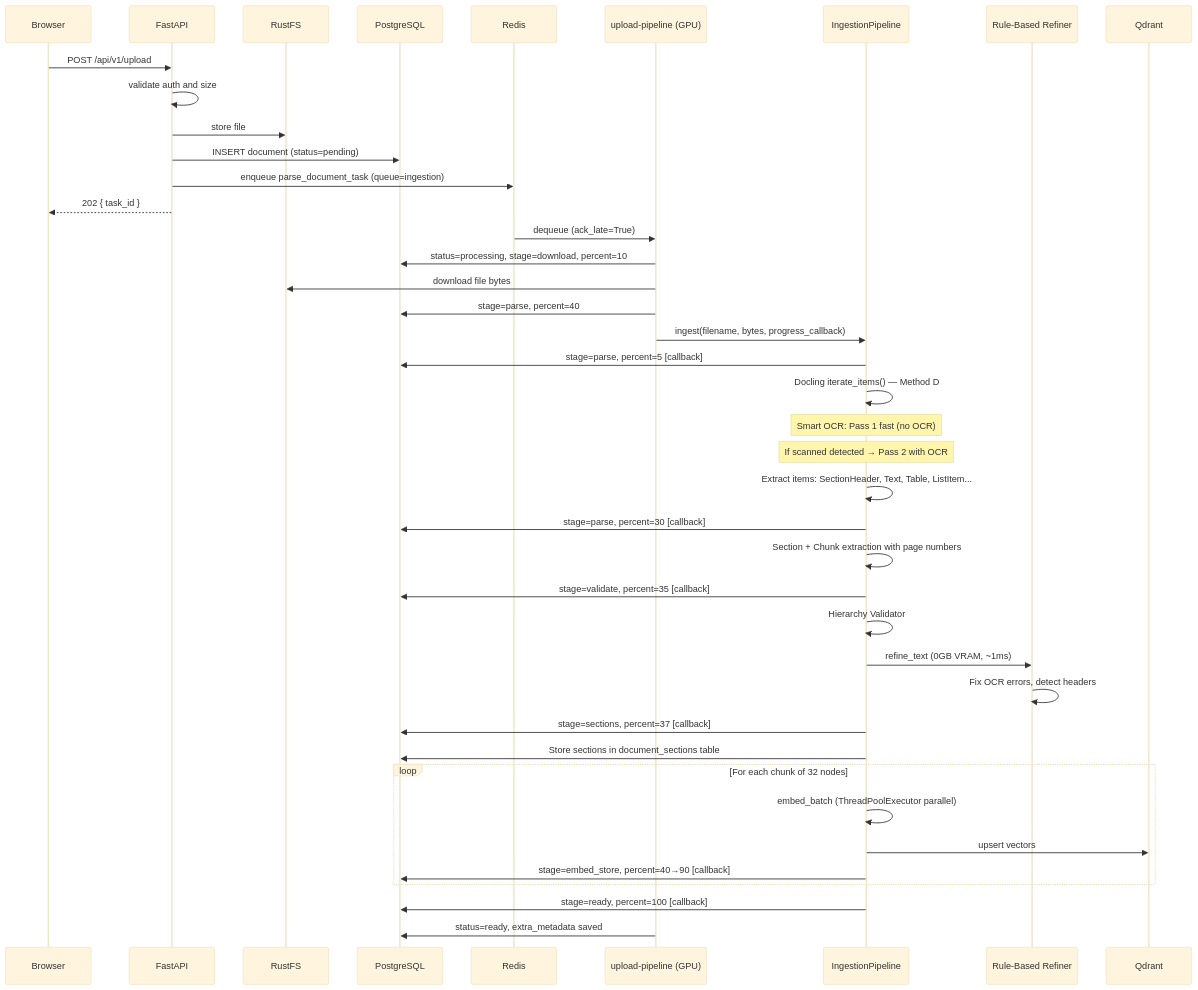
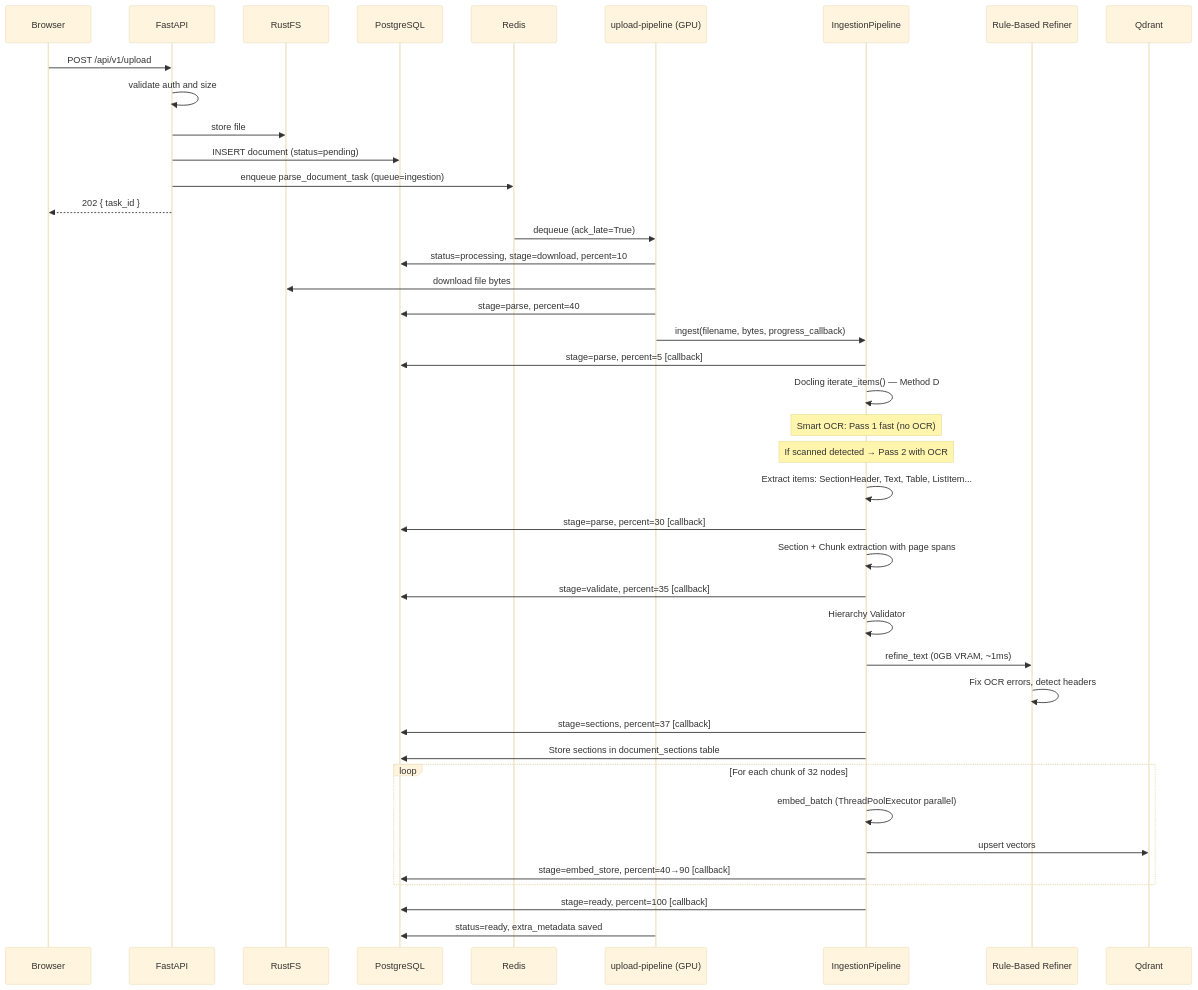
One commit to qtuanph/chatbot-rag changed the first of 4 diagrams in docs/03_CORE_WORKFLOWS.md. Above: the diagram before and after it, drawn with Mermaid (base theme). The commit also changed other lines of this file and 32 other files, not shown here.

````diff
--- a/docs/03_CORE_WORKFLOWS.md
+++ b/docs/03_CORE_WORKFLOWS.md
@@ -7,49 +7,49 @@
 ```mermaid
 sequenceDiagram
     participant Browser
     participant API as FastAPI
     participant RustFS
     participant DB as PostgreSQL
     participant Redis
     participant Worker as upload-pipeline (GPU)
     participant Pipeline as IngestionPipeline
     participant Refiner as Rule-Based Refiner
     participant Qdrant
 
     Browser->>API: POST /api/v1/upload
     API->>API: validate auth and size
     API->>RustFS: store file
     API->>DB: INSERT document (status=pending)
     API->>Redis: enqueue parse_document_task (queue=ingestion)
     API-->>Browser: 202 { task_id }
 
     Redis->>Worker: dequeue (ack_late=True)
     Worker->>DB: status=processing, stage=download, percent=10
     Worker->>RustFS: download file bytes
 
     Worker->>DB: stage=parse, percent=40
     Worker->>Pipeline: ingest(filename, bytes, progress_callback)
 
     Pipeline->>DB: stage=parse, percent=5  [callback]
     Pipeline->>Pipeline: Docling iterate_items() — Method D
     Note over Pipeline: Smart OCR: Pass 1 fast (no OCR)
     Note over Pipeline: If scanned detected → Pass 2 with OCR
     Pipeline->>Pipeline: Extract items: SectionHeader, Text, Table, ListItem...
     Pipeline->>DB: stage=parse, percent=30 [callback]
-    Pipeline->>Pipeline: Section + Chunk extraction with page numbers
+    Pipeline->>Pipeline: Section + Chunk extraction with page spans
     Pipeline->>DB: stage=validate, percent=35 [callback]
     Pipeline->>Pipeline: Hierarchy Validator
     Pipeline->>Refiner: refine_text (0GB VRAM, ~1ms)
     Refiner->>Refiner: Fix OCR errors, detect headers
     Pipeline->>DB: stage=sections, percent=37 [callback]
     Pipeline->>DB: Store sections in document_sections table
 
     loop For each chunk of 32 nodes
         Pipeline->>Pipeline: embed_batch (ThreadPoolExecutor parallel)
         Pipeline->>Qdrant: upsert vectors
         Pipeline->>DB: stage=embed_store, percent=40→90 [callback]
     end
 
     Pipeline->>DB: stage=ready, percent=100 [callback]
     Worker->>DB: status=ready, extra_metadata saved
 ```
````
